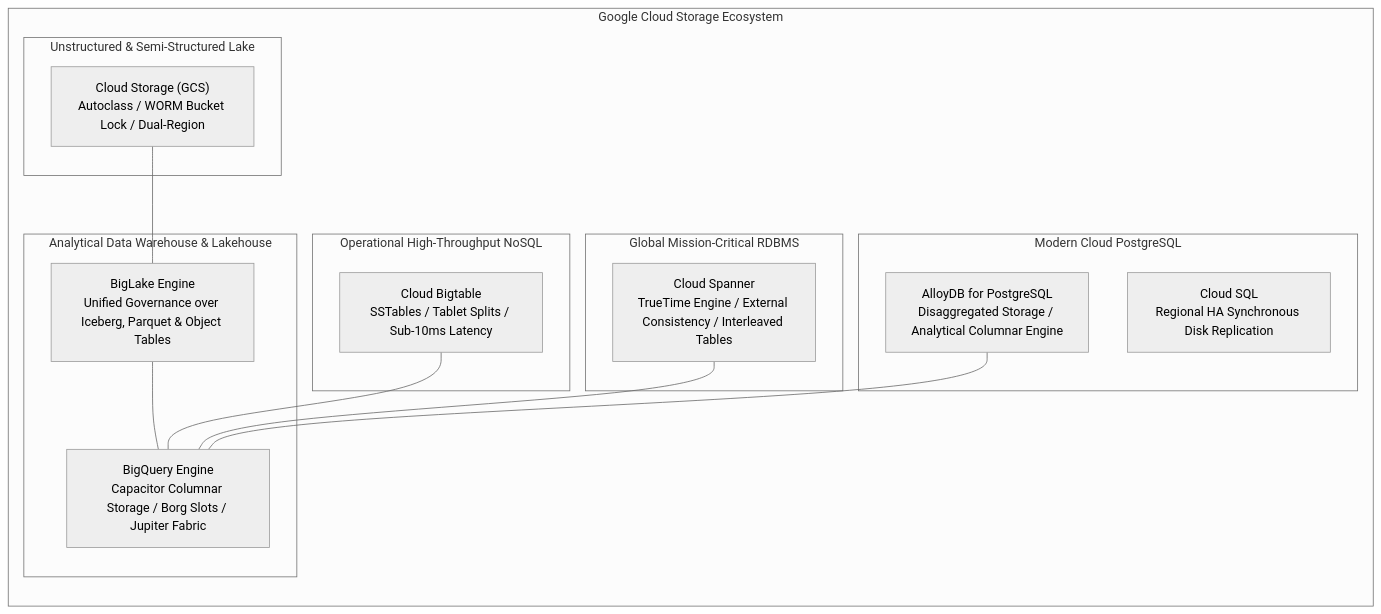
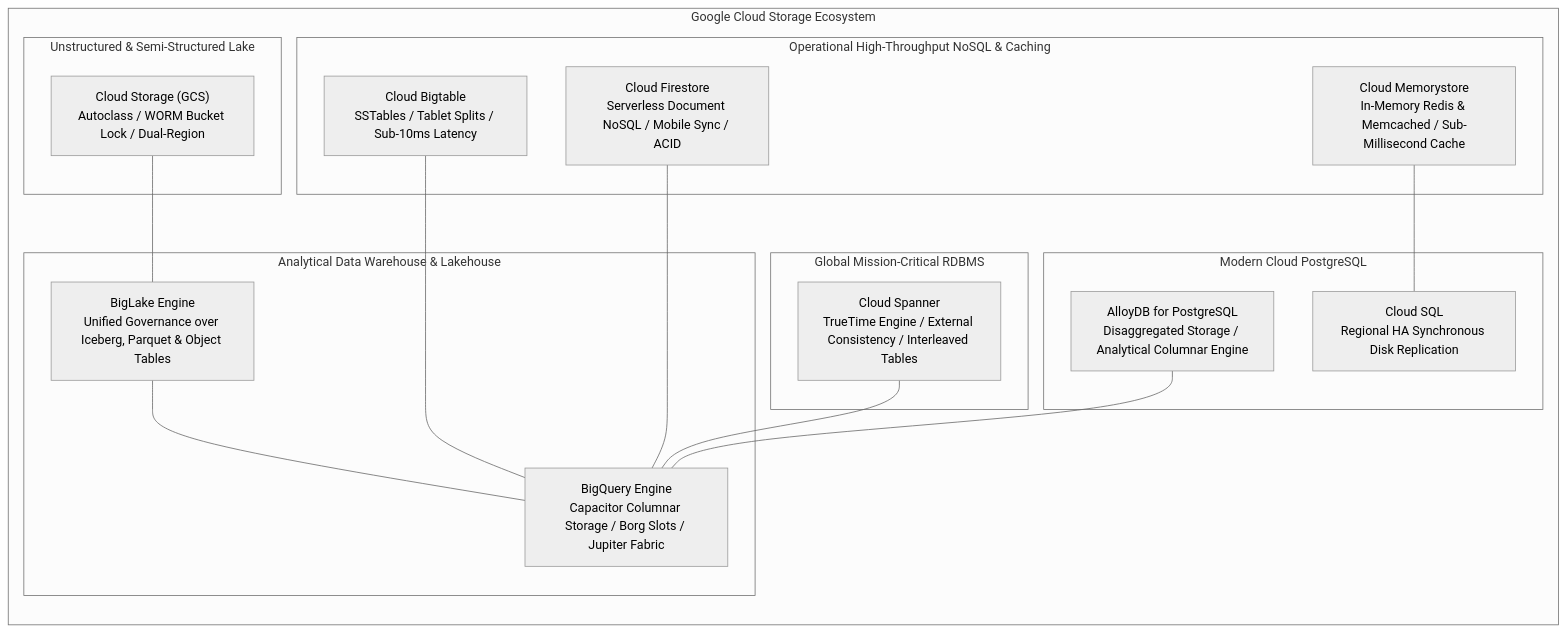
One commit to rohithvishaal/GCP_PDE_Notes changed the first of 4 diagrams in 04_phase3_exam_domains/domain_3_storing_data.md. Above: the diagram before and after it, drawn with Mermaid (neutral theme). The commit also changed other lines of this file and 8 other files, not shown here.

````diff
--- a/04_phase3_exam_domains/domain_3_storing_data.md
+++ b/04_phase3_exam_domains/domain_3_storing_data.md
@@ -22,34 +21,38 @@
 ```mermaid
 flowchart TD
     subgraph Enterprise_Data_Storage_Taxonomy["Google Cloud Storage Ecosystem"]
         direction TB
         
         subgraph Object_Storage["Unstructured & Semi-Structured Lake"]
             GCS["Cloud Storage (GCS)<br/>Autoclass / WORM Bucket Lock / Dual-Region"]
         end
 
         subgraph Analytical_Engine["Analytical Data Warehouse & Lakehouse"]
             BQ["BigQuery Engine<br/>Capacitor Columnar Storage / Borg Slots / Jupiter Fabric"]
             BL["BigLake Engine<br/>Unified Governance over Iceberg, Parquet & Object Tables"]
         end
 
-        subgraph Operational_NoSQL["Operational High-Throughput NoSQL"]
+        subgraph Operational_NoSQL["Operational High-Throughput NoSQL & Caching"]
             BT["Cloud Bigtable<br/>SSTables / Tablet Splits / Sub-10ms Latency"]
+            FS["Cloud Firestore<br/>Serverless Document NoSQL / Mobile Sync / ACID"]
+            MS["Cloud Memorystore<br/>In-Memory Redis & Memcached / Sub-Millisecond Cache"]
         end
 
         subgraph Globally_Consistent_Relational["Global Mission-Critical RDBMS"]
             CS["Cloud Spanner<br/>TrueTime Engine / External Consistency / Interleaved Tables"]
         end
 
         subgraph Enterprise_Postgres["Modern Cloud PostgreSQL"]
             AlloyDB["AlloyDB for PostgreSQL<br/>Disaggregated Storage / Analytical Columnar Engine"]
             CloudSQL["Cloud SQL<br/>Regional HA Synchronous Disk Replication"]
         end
     end
 
     GCS --- BL
     BL --- BQ
     BT --- BQ
     CS --- BQ
     AlloyDB --- BQ
+    FS --- BQ
+    MS --- CloudSQL
 ```
````
